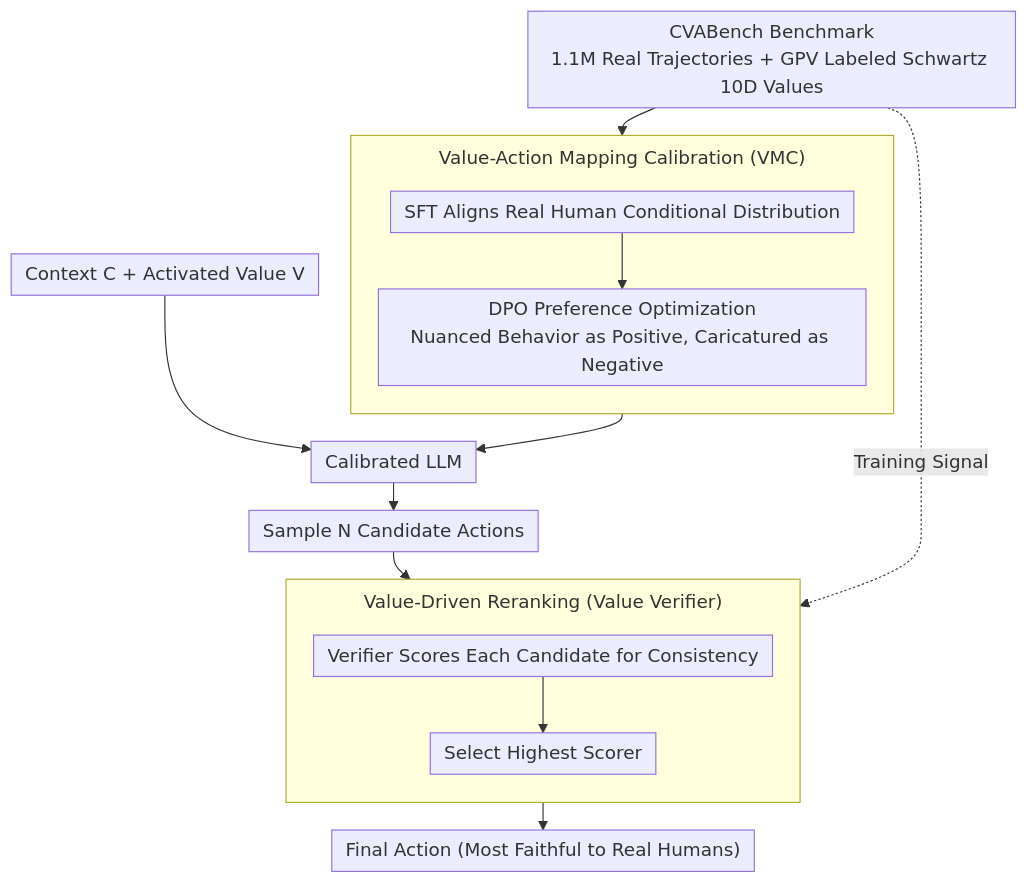
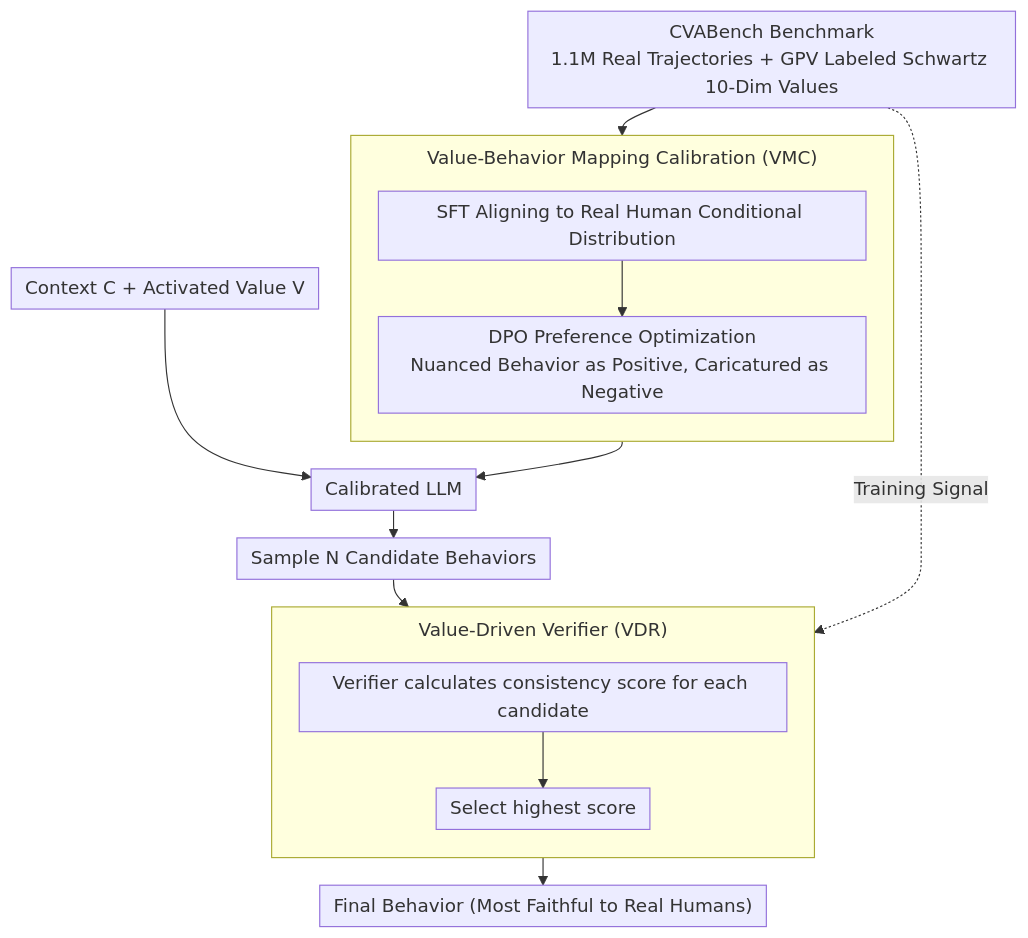
One commit to zhaoyang97/Paper-Notes-en changed the diagram in docs/ACL2026/llm_agent/context-value-action_architecture_for_value-driven_large_language_model_agents.md. Above: the diagram before and after it, drawn with Mermaid. The commit also changed other lines of this file and 5084 other files, not shown here.

````diff
--- a/docs/ACL2026/llm_agent/context-value-action_architecture_for_value-driven_large_language_model_agents.md
+++ b/docs/ACL2026/llm_agent/context-value-action_architecture_for_value-driven_large_language_model_agents.md
@@ -42,21 +42,21 @@
 ```mermaid
 %%{init: {'flowchart': {'rankSpacing': 24, 'nodeSpacing': 28, 'padding': 6, 'wrappingWidth': 400, 'subGraphTitleMargin': {'top': 8, 'bottom': 16}}}}%%
 flowchart TD
-    DATA["CVABench Benchmark<br/>1.1M Real Trajectories + GPV Labeled Schwartz 10D Values"]
+    DATA["CVABench Benchmark<br/>1.1M Real Trajectories + GPV Labeled Schwartz 10-Dim Values"]
     CTX["Context C + Activated Value V"]
-    subgraph VMC["Value-Action Mapping Calibration (VMC)"]
+    subgraph VMC["Value-Behavior Mapping Calibration (VMC)"]
         direction TB
-        SFT["SFT Aligns Real Human Conditional Distribution"] --> DPO["DPO Preference Optimization<br/>Nuanced Behavior as Positive, Caricatured as Negative"]
+        SFT["SFT Aligning to Real Human Conditional Distribution"] --> DPO["DPO Preference Optimization<br/>Nuanced Behavior as Positive, Caricatured as Negative"]
     end
     DATA --> VMC
     VMC --> LLM["Calibrated LLM"]
     CTX --> LLM
-    LLM --> SAMPLE["Sample N Candidate Actions"]
-    subgraph VDR["Value-Driven Reranking (Value Verifier)"]
+    LLM --> SAMPLE["Sample N Candidate Behaviors"]
+    subgraph VDR["Value-Driven Verifier (VDR)"]
         direction TB
-        SCORE["Verifier Scores Each Candidate for Consistency"] --> SELECT["Select Highest Scorer"]
+        SCORE["Verifier calculates consistency score for each candidate"] --> SELECT["Select highest score"]
     end
     SAMPLE --> VDR
     DATA -. Training Signal .-> VDR
-    VDR --> OUT["Final Action (Most Faithful to Real Humans)"]
+    VDR --> OUT["Final Behavior (Most Faithful to Real Humans)"]
 ```
````
